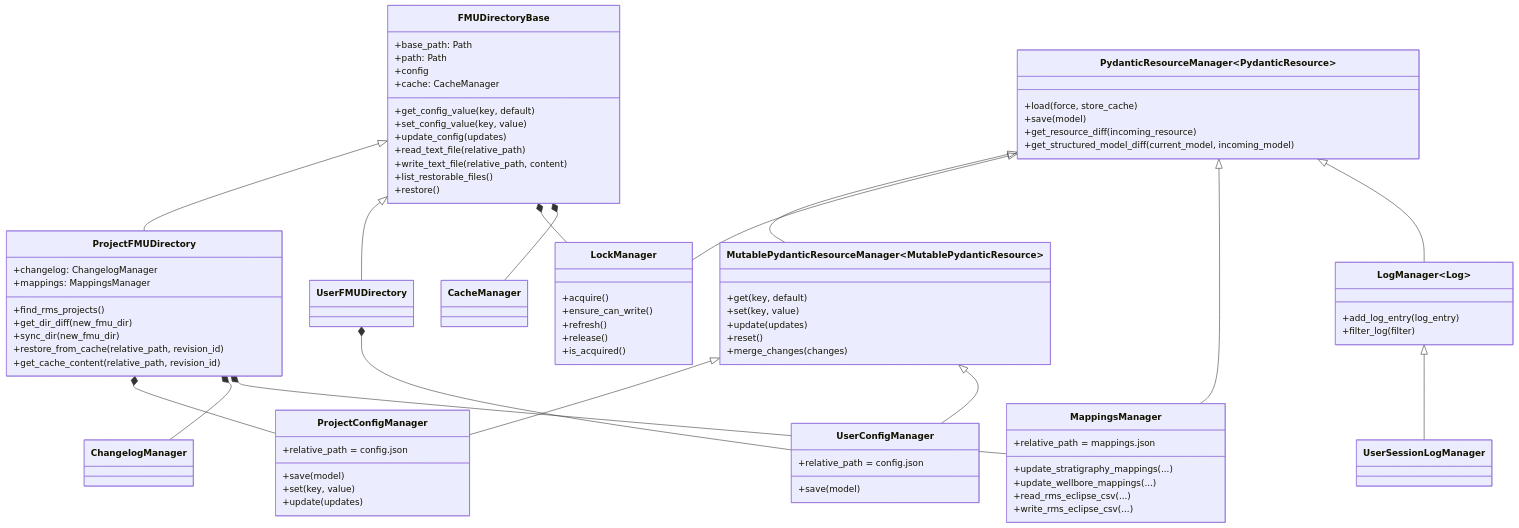
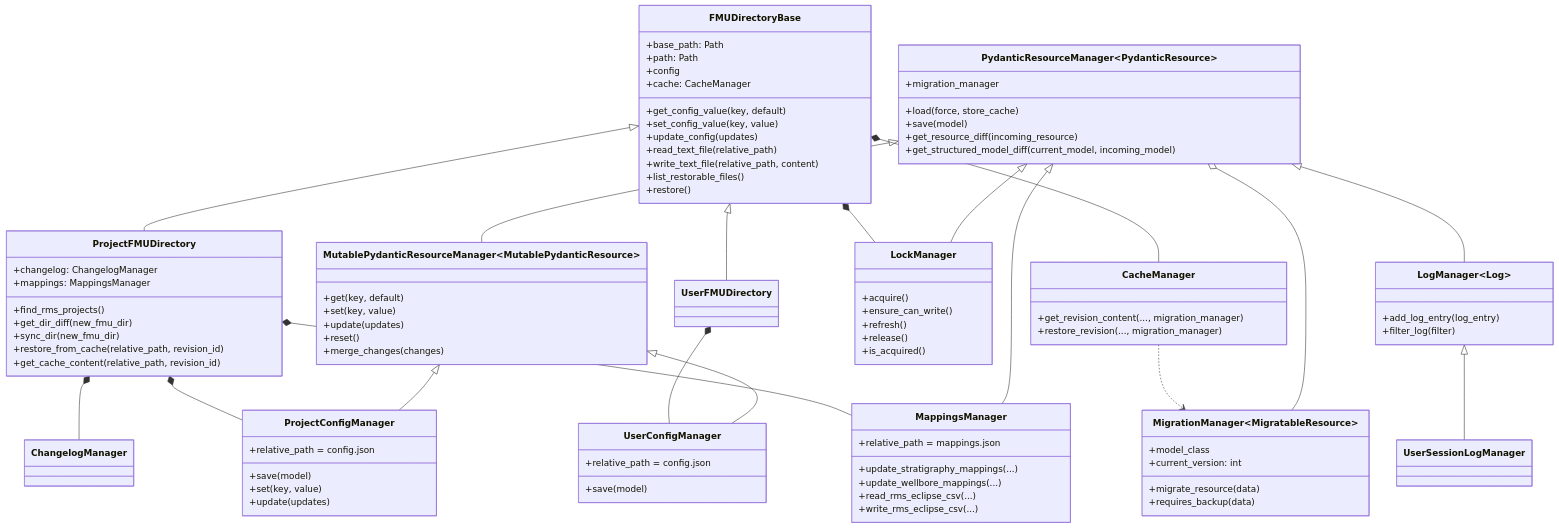
Before and after one commit to equinor/fmu-settings: the second of 3 diagrams in ARCHITECTURE.md, drawn with Mermaid. The commit also changed other lines of this file and 16 other files, not shown here.

Commit message:
ENH: Add schema migration support for versioned resources

```diff
--- a/ARCHITECTURE.md
+++ b/ARCHITECTURE.md
@@ -65,7 +65,10 @@
 
     class UserFMUDirectory
 
-    class CacheManager
+    class CacheManager {
+        +get_revision_content(..., migration_manager)
+        +restore_revision(..., migration_manager)
+    }
     class LockManager {
         +acquire()
         +ensure_can_write()
@@ -75,10 +78,18 @@
     }
 
     class PydanticResourceManager~PydanticResource~ {
+        +migration_manager
         +load(force, store_cache)
         +save(model)
         +get_resource_diff(incoming_resource)
         +get_structured_model_diff(current_model, incoming_model)
+    }
+
+    class MigrationManager~MigratableResource~ {
+        +model_class
+        +current_version: int
+        +migrate_resource(data)
+        +requires_backup(data)
     }
 
     class MutablePydanticResourceManager~MutablePydanticResource~ {
@@ -129,6 +140,8 @@
 
     FMUDirectoryBase *-- LockManager
     FMUDirectoryBase *-- CacheManager
+    PydanticResourceManager o-- MigrationManager
+    CacheManager ..> MigrationManager
     ProjectFMUDirectory *-- ProjectConfigManager
     ProjectFMUDirectory *-- ChangelogManager
     ProjectFMUDirectory *-- MappingsManager
```
